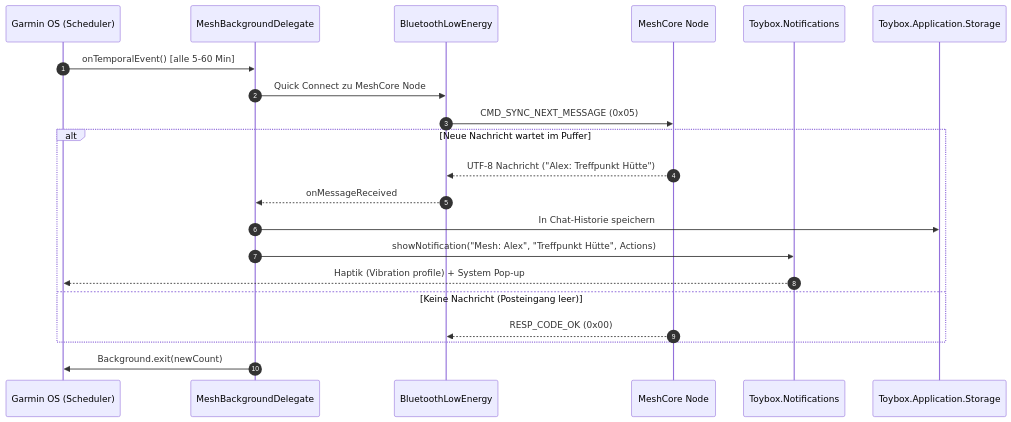
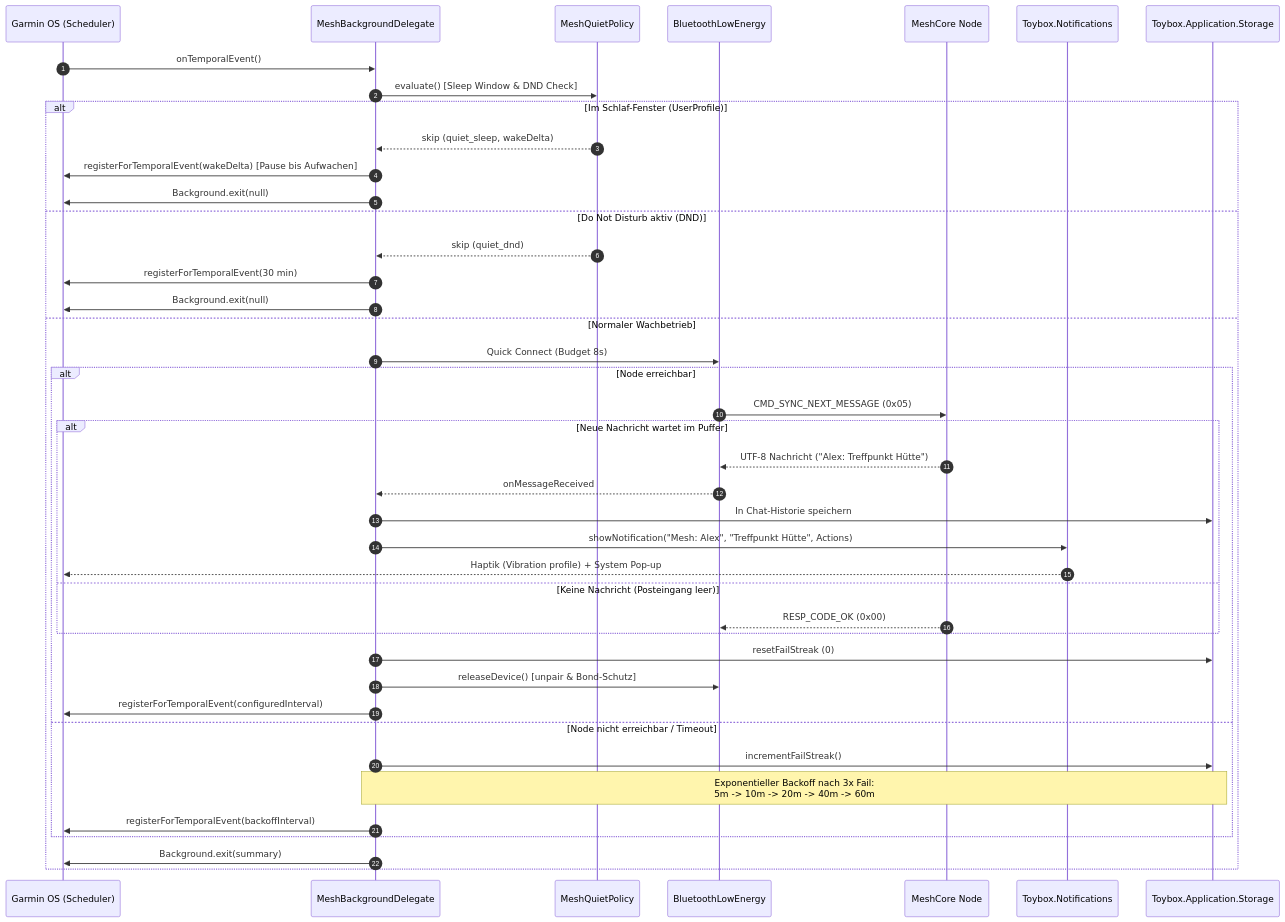
One commit to cybye/ComOn changed the third of 6 diagrams in docs/architecture_arc42.md. Above: the diagram before and after it, drawn with Mermaid. The commit also changed other lines of this file and 11 other files, not shown here.

Commit message:
feat: implement intelligent background polling with quiet hours and DND support

````diff
--- a/docs/architecture_arc42.md
+++ b/docs/architecture_arc42.md
@@ -169,24 +169,45 @@
 ```mermaid
 sequenceDiagram
     autonumber
     participant OS as Garmin OS (Scheduler)
     participant BG as MeshBackgroundDelegate
+    participant QP as MeshQuietPolicy
     participant BLE as BluetoothLowEnergy
     participant Node as MeshCore Node
     participant Notif as Toybox.Notifications
     participant Stor as Toybox.Application.Storage
 
-    OS->>BG: onTemporalEvent() [alle 5-60 Min]
-    BG->>BLE: Quick Connect zu MeshCore Node
-    BLE->>Node: CMD_SYNC_NEXT_MESSAGE (0x05)
-    alt Neue Nachricht wartet im Puffer
-        Node-->>BLE: UTF-8 Nachricht ("Alex: Treffpunkt Hütte")
-        BLE-->>BG: onMessageReceived
-        BG->>Stor: In Chat-Historie speichern
-        BG->>Notif: showNotification("Mesh: Alex", "Treffpunkt Hütte", Actions)
-        Notif-->>OS: Haptik (Vibration profile) + System Pop-up
-    else Keine Nachricht (Posteingang leer)
-        Node-->>BLE: RESP_CODE_OK (0x00)
+    OS->>BG: onTemporalEvent()
+    BG->>QP: evaluate() [Sleep Window & DND Check]
+    alt Im Schlaf-Fenster (UserProfile)
+        QP-->>BG: skip (quiet_sleep, wakeDelta)
+        BG->>OS: registerForTemporalEvent(wakeDelta) [Pause bis Aufwachen]
+        BG->>OS: Background.exit(null)
+    else Do Not Disturb aktiv (DND)
+        QP-->>BG: skip (quiet_dnd)
+        BG->>OS: registerForTemporalEvent(30 min)
+        BG->>OS: Background.exit(null)
+    else Normaler Wachbetrieb
+        BG->>BLE: Quick Connect (Budget 8s)
+        alt Node erreichbar
+            BLE->>Node: CMD_SYNC_NEXT_MESSAGE (0x05)
+            alt Neue Nachricht wartet im Puffer
+                Node-->>BLE: UTF-8 Nachricht ("Alex: Treffpunkt Hütte")
+                BLE-->>BG: onMessageReceived
+                BG->>Stor: In Chat-Historie speichern
+                BG->>Notif: showNotification("Mesh: Alex", "Treffpunkt Hütte", Actions)
+                Notif-->>OS: Haptik (Vibration profile) + System Pop-up
+            else Keine Nachricht (Posteingang leer)
+                Node-->>BLE: RESP_CODE_OK (0x00)
+            end
+            BG->>Stor: resetFailStreak (0)
+            BG->>BLE: releaseDevice() [unpair & Bond-Schutz]
+            BG->>OS: registerForTemporalEvent(configuredInterval)
+        else Node nicht erreichbar / Timeout
+            BG->>Stor: incrementFailStreak()
+            Note over BG,Stor: Exponentieller Backoff nach 3x Fail:<br/>5m -> 10m -> 20m -> 40m -> 60m
+            BG->>OS: registerForTemporalEvent(backoffInterval)
+        end
+        BG->>OS: Background.exit(summary)
     end
-    BG->>OS: Background.exit(newCount)
 ```
````
